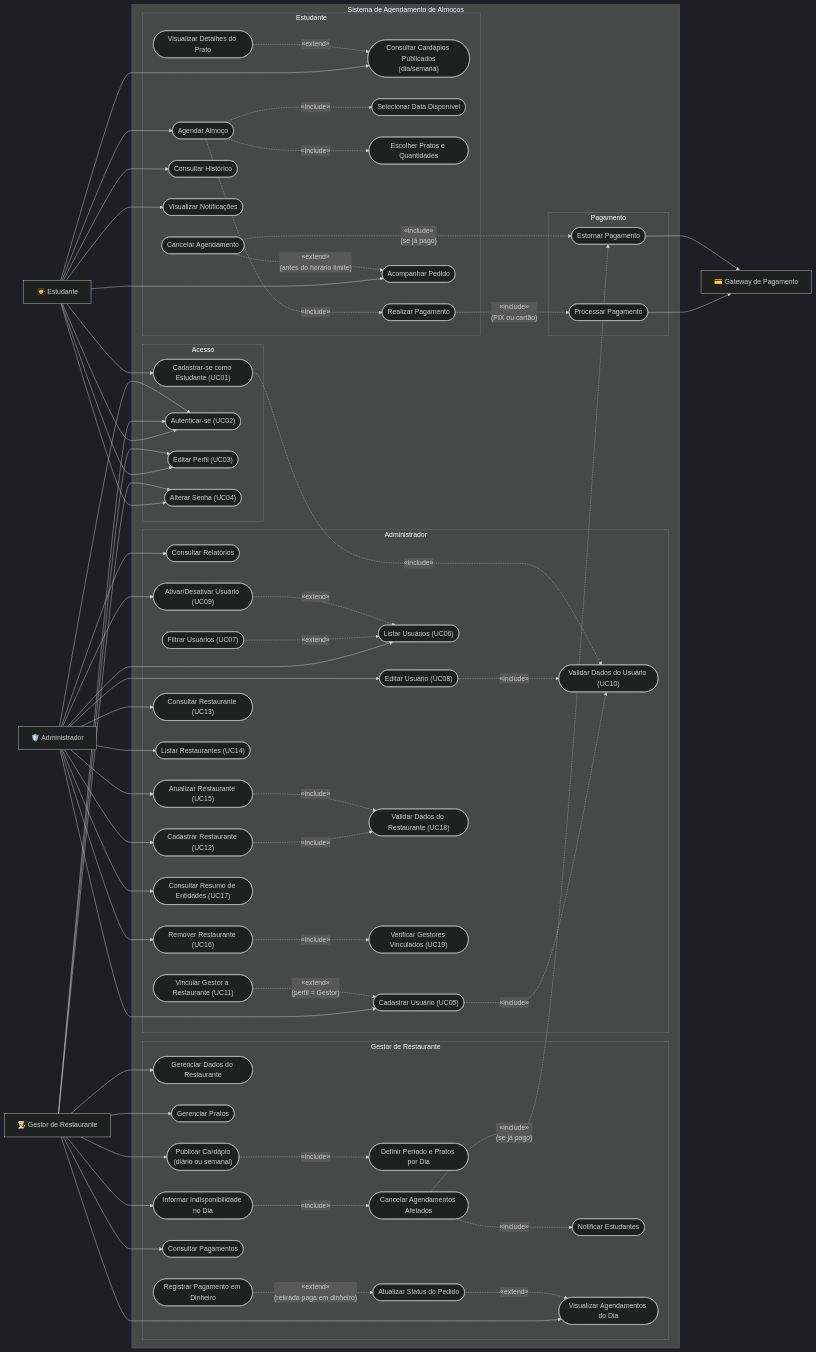
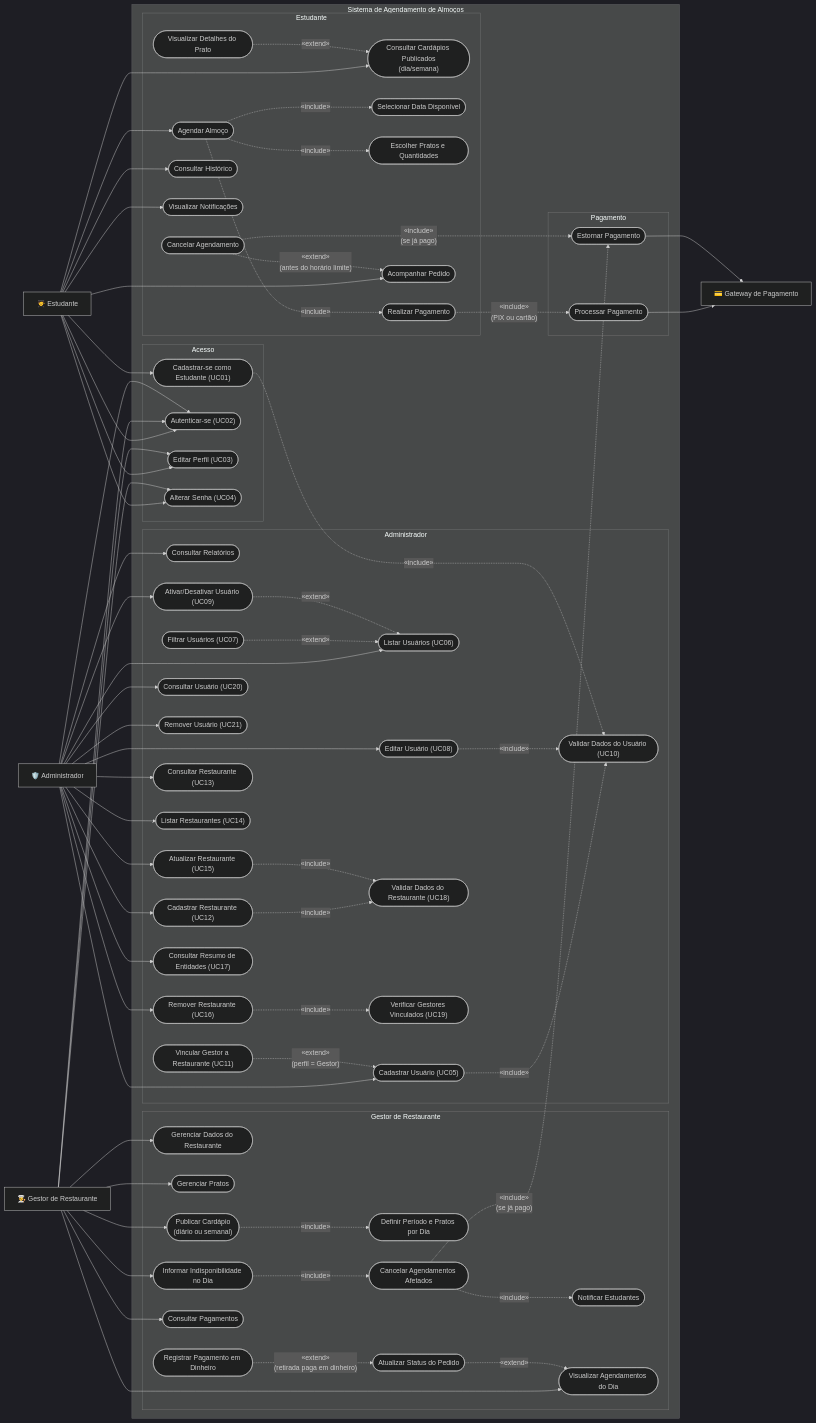
One commit to henriquesantos007/Sistema-de-Agendamento-de-Almoco changed the third of 3 diagrams in docs/04-casos-de-uso/README.md. Above: the diagram before and after it, drawn with Mermaid (dark theme). The commit also changed other lines of this file and 1 other file, not shown here.

```diff
--- a/docs/04-casos-de-uso/README.md
+++ b/docs/04-casos-de-uso/README.md
@@ -185,6 +196,8 @@
             UC_AtivarDesativar(["Ativar/Desativar Usuário (UC09)"])
             UC_ValidarUsuario(["Validar Dados do Usuário (UC10)"])
             UC_VincularGestor(["Vincular Gestor a Restaurante (UC11)"])
+            UC_ConsultarUsuario(["Consultar Usuário (UC20)"])
+            UC_RemoverUsuario(["Remover Usuário (UC21)"])
             UC12(["Cadastrar Restaurante (UC12)"])
             UC13(["Consultar Restaurante (UC13)"])
             UC14(["Listar Restaurantes (UC14)"])
@@ -242,6 +255,8 @@
     admin --> UC_ListarUsuarios
     admin --> UC_EditarUsuario
     admin --> UC_AtivarDesativar
+    admin --> UC_ConsultarUsuario
+    admin --> UC_RemoverUsuario
     admin --> UC12
     admin --> UC13
     admin --> UC14
```
